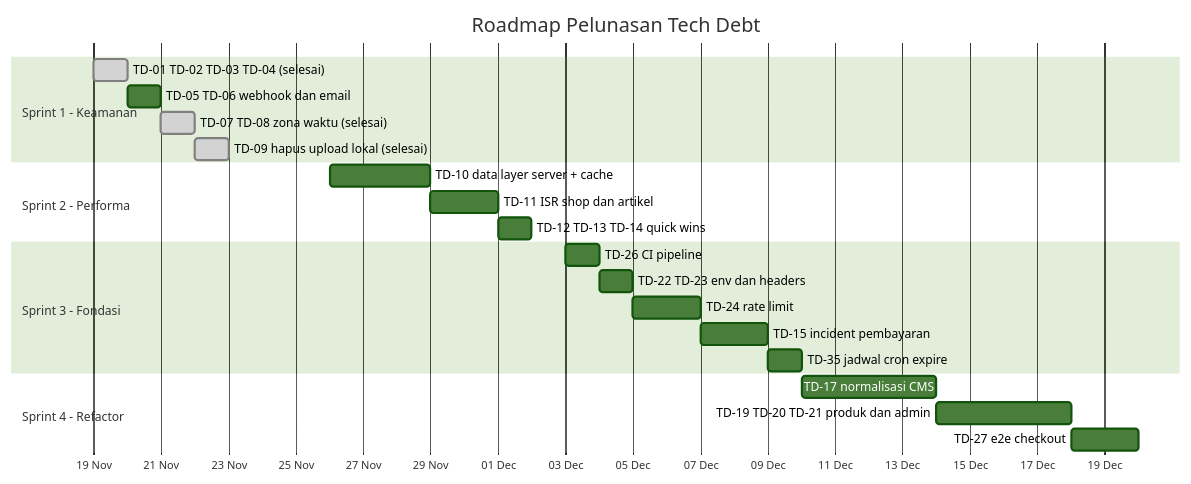
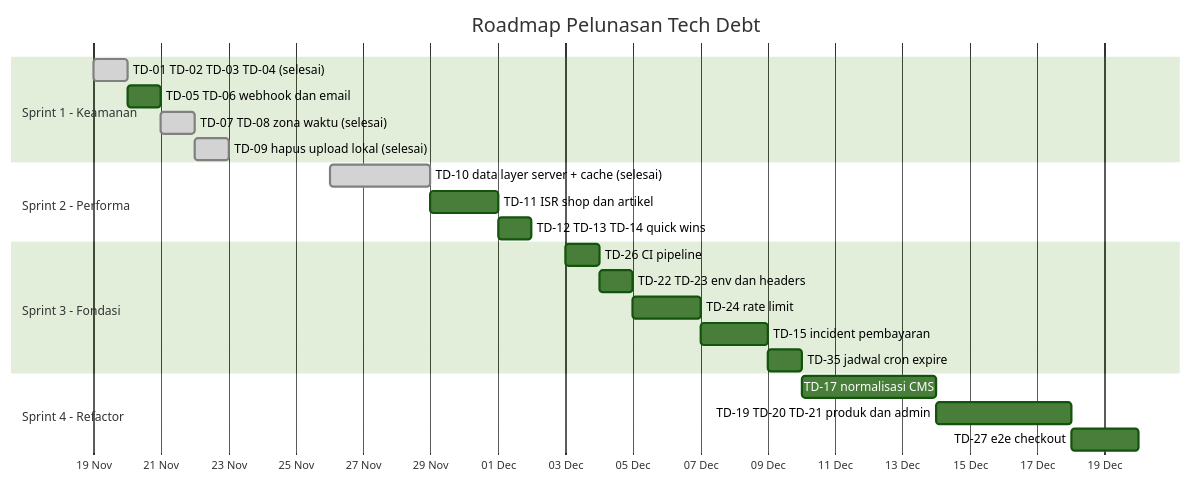
Before and after one commit to imamnura/zari-madu: the diagram in docs/engineering/TECH-DEBT.md, drawn with Mermaid (forest theme). The commit also changed other lines of this file and 28 other files, not shown here.

First line of the commit message:
perf(home): konten homepage dirender di server dengan data layer ber-cache (TD-10)

````diff
--- a/docs/engineering/TECH-DEBT.md
+++ b/docs/engineering/TECH-DEBT.md
@@ -77,25 +77,25 @@
 ```mermaid
 gantt
     title Roadmap Pelunasan Tech Debt
     dateFormat YYYY-MM-DD
     axisFormat %d %b
     section Sprint 1 - Keamanan
     TD-01 TD-02 TD-03 TD-04 (selesai) :done, s1a, 2026-11-19, 1d
     TD-05 TD-06 webhook dan email   :s1c, 2026-11-20, 1d
     TD-07 TD-08 zona waktu (selesai) :done, s1d, after s1c, 1d
     TD-09 hapus upload lokal (selesai) :done, s1e, after s1d, 1d
     section Sprint 2 - Performa
-    TD-10 data layer server + cache :s2a, 2026-11-26, 3d
+    TD-10 data layer server + cache (selesai) :done, s2a, 2026-11-26, 3d
     TD-11 ISR shop dan artikel      :s2b, after s2a, 2d
     TD-12 TD-13 TD-14 quick wins    :s2c, after s2b, 1d
     section Sprint 3 - Fondasi
     TD-26 CI pipeline               :s3a, 2026-12-03, 1d
     TD-22 TD-23 env dan headers     :s3b, after s3a, 1d
     TD-24 rate limit                :s3c, after s3b, 2d
     TD-15 incident pembayaran       :s3d, after s3c, 2d
     TD-35 jadwal cron expire        :s3e, after s3d, 1d
     section Sprint 4 - Refactor
     TD-17 normalisasi CMS           :s4a, 2026-12-10, 4d
     TD-19 TD-20 TD-21 produk dan admin :s4b, after s4a, 4d
     TD-27 e2e checkout              :s4c, after s4b, 2d
 ```
````
